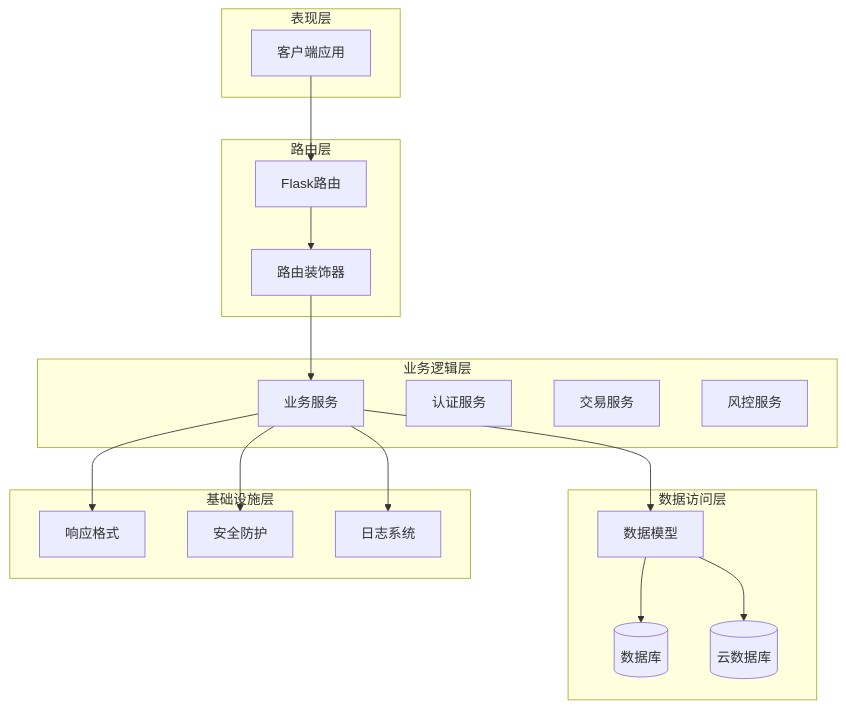
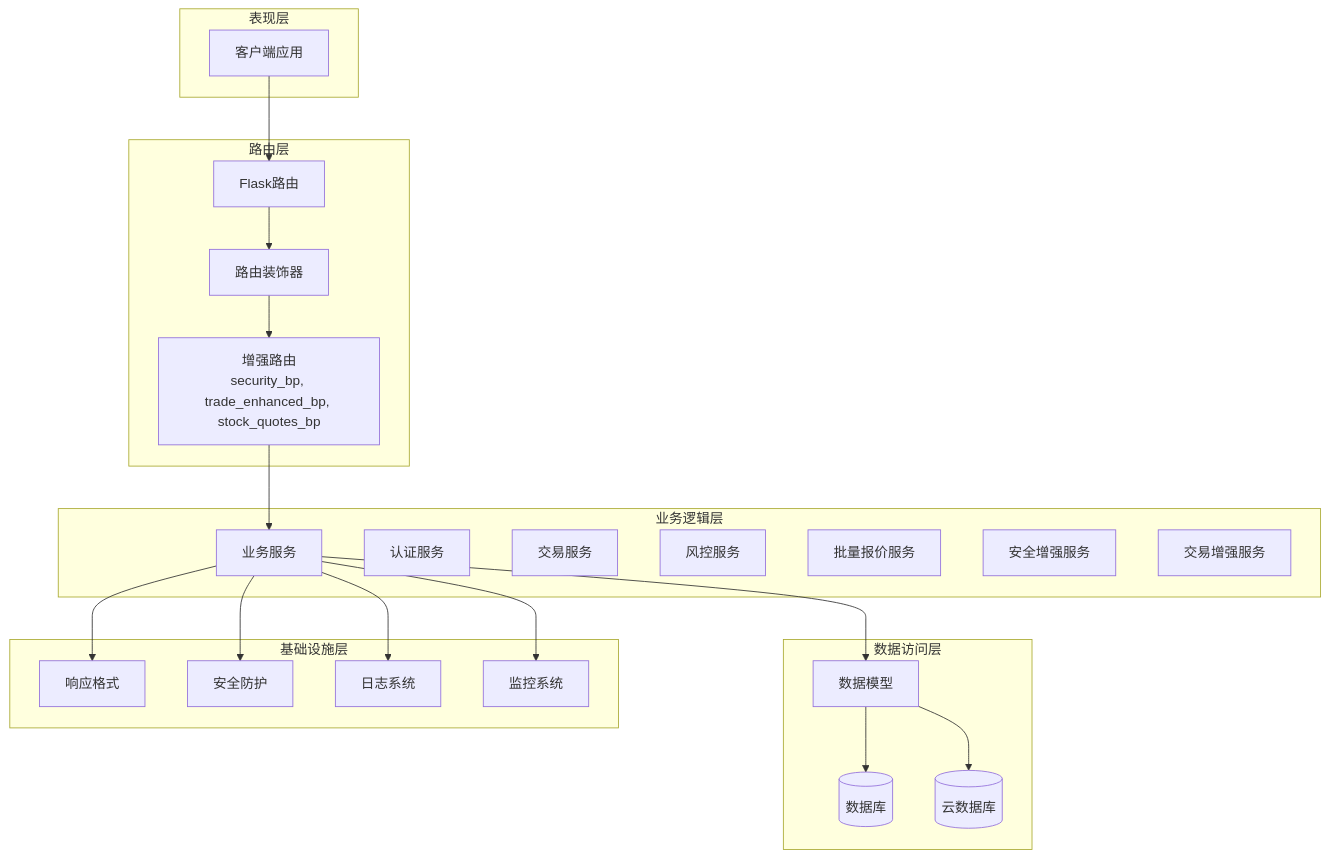
The fourth of 13 diagrams in .qoder/repowiki/zh/content/后端系统/API路由系统.md (guyuefangyuanl/Over-the-counter-options), drawn with Mermaid before and after one commit. The commit also changed other lines of this file and 29 other files, not shown here.

````diff
--- a/.qoder/repowiki/zh/content/后端系统/API路由系统.md
+++ b/.qoder/repowiki/zh/content/后端系统/API路由系统.md
@@ -171,35 +217,42 @@
 ```mermaid
 graph TB
 subgraph "表现层"
 CLIENT[客户端应用]
 end
 subgraph "路由层"
 ROUTER[Flask路由]
 DECORATORS[路由装饰器]
+ENHANCED_ROUTES[增强路由<br/>security_bp, trade_enhanced_bp, stock_quotes_bp]
 end
 subgraph "业务逻辑层"
 SERVICES[业务服务]
 AUTH_SERVICE[认证服务]
 TRADE_SERVICE[交易服务]
 RISK_SERVICE[风控服务]
+BATCH_QUOTE_SERVICE[批量报价服务]
+SECURITY_ENHANCED_SERVICE[安全增强服务]
+TRADE_ENHANCED_SERVICE[交易增强服务]
 end
 subgraph "数据访问层"
 MODELS[数据模型]
 DATABASE[(数据库)]
 CLOUD_DB[(云数据库)]
 end
 subgraph "基础设施层"
 RESPONSE[响应格式]
 SECURITY[安全防护]
 LOGGING[日志系统]
+MONITORING[监控系统]
 end
 CLIENT --> ROUTER
 ROUTER --> DECORATORS
-DECORATORS --> SERVICES
+DECORATORS --> ENHANCED_ROUTES
+ENHANCED_ROUTES --> SERVICES
 SERVICES --> MODELS
 MODELS --> DATABASE
 MODELS --> CLOUD_DB
 SERVICES --> RESPONSE
 SERVICES --> SECURITY
 SERVICES --> LOGGING
+SERVICES --> MONITORING
 ```
````
